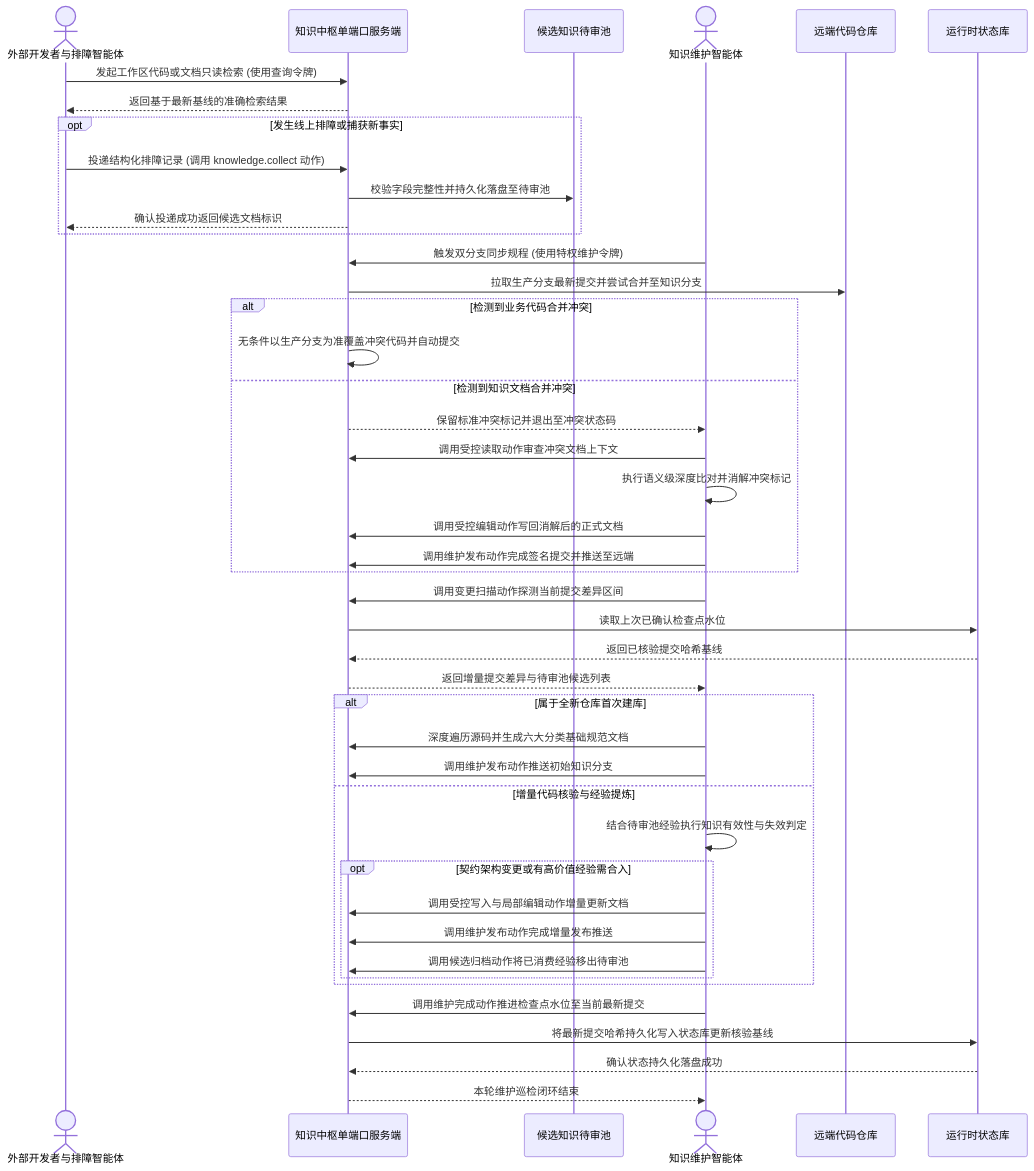
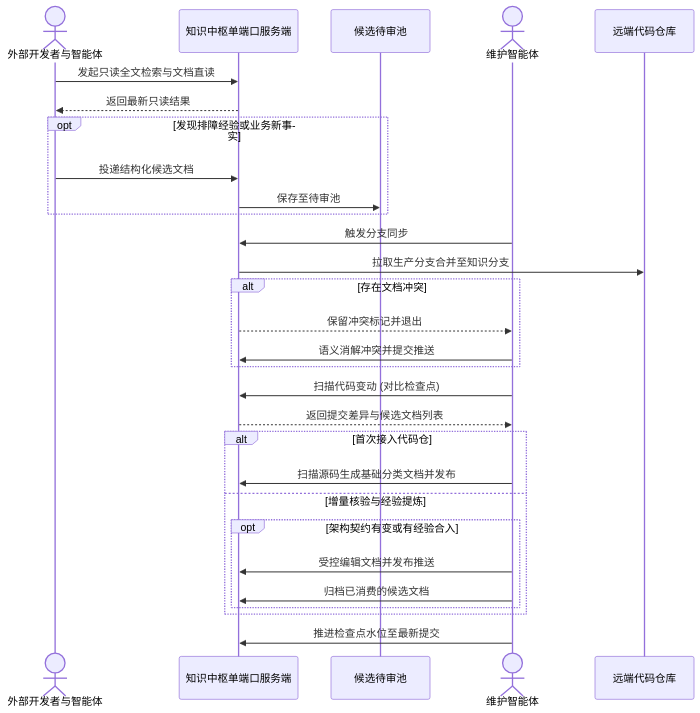
Before and after one commit to fjay/actiondock-workspace: the second of 2 diagrams in docs/design.md, drawn with Mermaid. The commit also changed other lines of this file and 4 other files, not shown here.

````diff
--- a/docs/design.md
+++ b/docs/design.md
@@ -124,53 +86,38 @@
 ```mermaid
 sequenceDiagram
-    actor Dev as 外部开发者与排障智能体
+    actor Dev as 外部开发者与智能体
     participant Server as 知识中枢单端口服务端
-    participant Inbox as 候选知识待审池
-    actor Maintainer as 知识维护智能体
+    participant Inbox as 候选待审池
+    actor Maintainer as 维护智能体
     participant Git as 远端代码仓库
-    participant State as 运行时状态库
 
-    Dev->>Server: 发起工作区代码或文档只读检索 (使用查询令牌)
-    Server-->>Dev: 返回基于最新基线的准确检索结果
-
-    opt 发生线上排障或捕获新事实
-        Dev->>Server: 投递结构化排障记录 (调用 knowledge.collect 动作)
-        Server->>Inbox: 校验字段完整性并持久化落盘至待审池
-        Server-->>Dev: 确认投递成功返回候选文档标识
+    Dev->>Server: 发起只读全文检索与文档直读
+    Server-->>Dev: 返回最新只读结果
+    
+    opt 发现排障经验或业务新事实
+        Dev->>Server: 投递结构化候选文档
+        Server->>Inbox: 保存至待审池
     end
 
-    Maintainer->>Server: 触发双分支同步规程 (使用特权维护令牌)
-    Server->>Git: 拉取生产分支最新提交并尝试合并至知识分支
+    Maintainer->>Server: 触发分支同步
+    Server->>Git: 拉取生产分支合并至知识分支
 
-    alt 检测到业务代码合并冲突
-        Server->>Server: 无条件以生产分支为准覆盖冲突代码并自动提交
-    else 检测到知识文档合并冲突
-        Server-->>Maintainer: 保留标准冲突标记并退出至冲突状态码
-        Maintainer->>Server: 调用受控读取动作审查冲突文档上下文
-        Maintainer->>Maintainer: 执行语义级深度比对并消解冲突标记
-        Maintainer->>Server: 调用受控编辑动作写回消解后的正式文档
-        Maintainer->>Server: 调用维护发布动作完成签名提交并推送至远端
+    alt 存在文档冲突
+        Server-->>Maintainer: 保留冲突标记并退出
+        Maintainer->>Server: 语义消解冲突并提交推送
     end
 
-    Maintainer->>Server: 调用变更扫描动作探测当前提交差异区间
-    Server->>State: 读取上次已确认检查点水位
-    State-->>Server: 返回已核验提交哈希基线
-    Server-->>Maintainer: 返回增量提交差异与待审池候选列表
+    Maintainer->>Server: 扫描代码变动 (对比检查点)
+    Server-->>Maintainer: 返回提交差异与候选文档列表
 
-    alt 属于全新仓库首次建库
-        Maintainer->>Server: 深度遍历源码并生成六大分类基础规范文档
-        Maintainer->>Server: 调用维护发布动作推送初始知识分支
-    else 增量代码核验与经验提炼
-        Maintainer->>Maintainer: 结合待审池经验执行知识有效性与失效判定
-        opt 契约架构变更或有高价值经验需合入
-            Maintainer->>Server: 调用受控写入与局部编辑动作增量更新文档
-            Maintainer->>Server: 调用维护发布动作完成增量发布推送
-            Maintainer->>Server: 调用候选归档动作将已消费经验移出待审池
+    alt 首次接入代码仓
+        Maintainer->>Server: 扫描源码生成基础分类文档并发布
+    else 增量核验与经验提炼
+        opt 架构契约有变或有经验合入
+            Maintainer->>Server: 受控编辑文档并发布推送
+            Maintainer->>Server: 归档已消费的候选文档
         end
     end
 
-    Maintainer->>Server: 调用维护完成动作推进检查点水位至当前最新提交
-    Server->>State: 将最新提交哈希持久化写入状态库更新核验基线
-    State-->>Server: 确认状态持久化落盘成功
-    Server-->>Maintainer: 本轮维护巡检闭环结束
+    Maintainer->>Server: 推进检查点水位至最新提交
 ```
````
